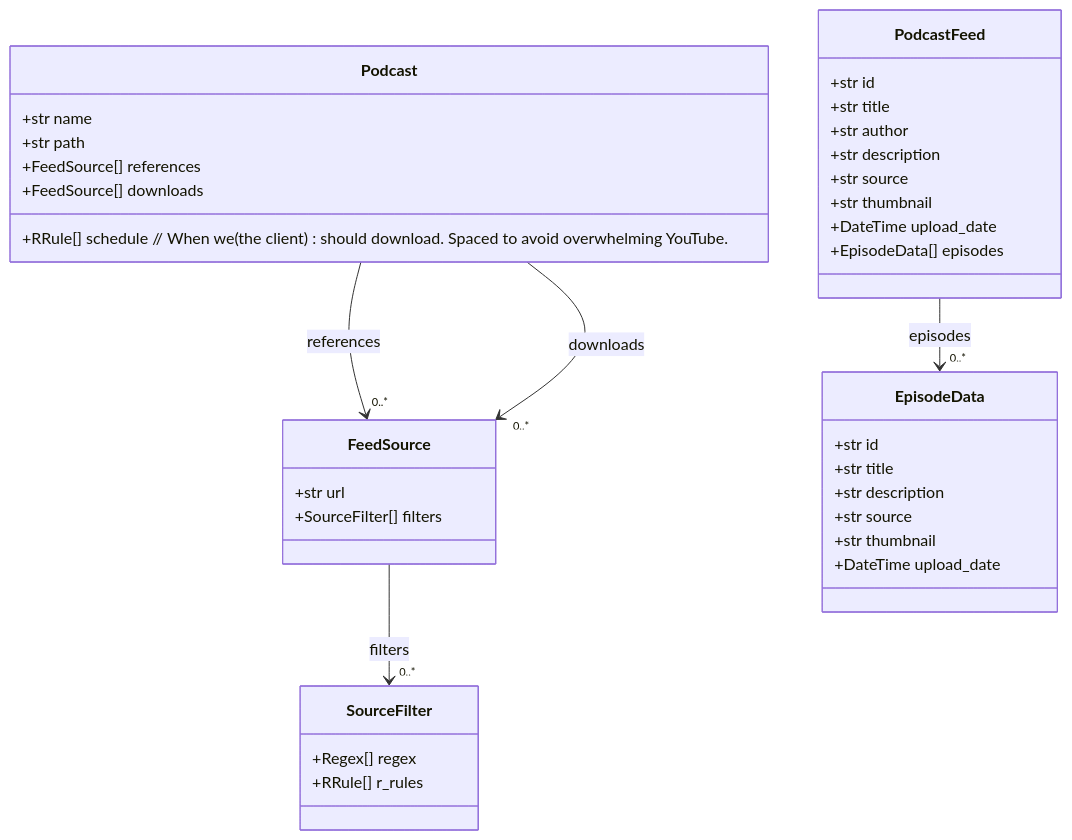
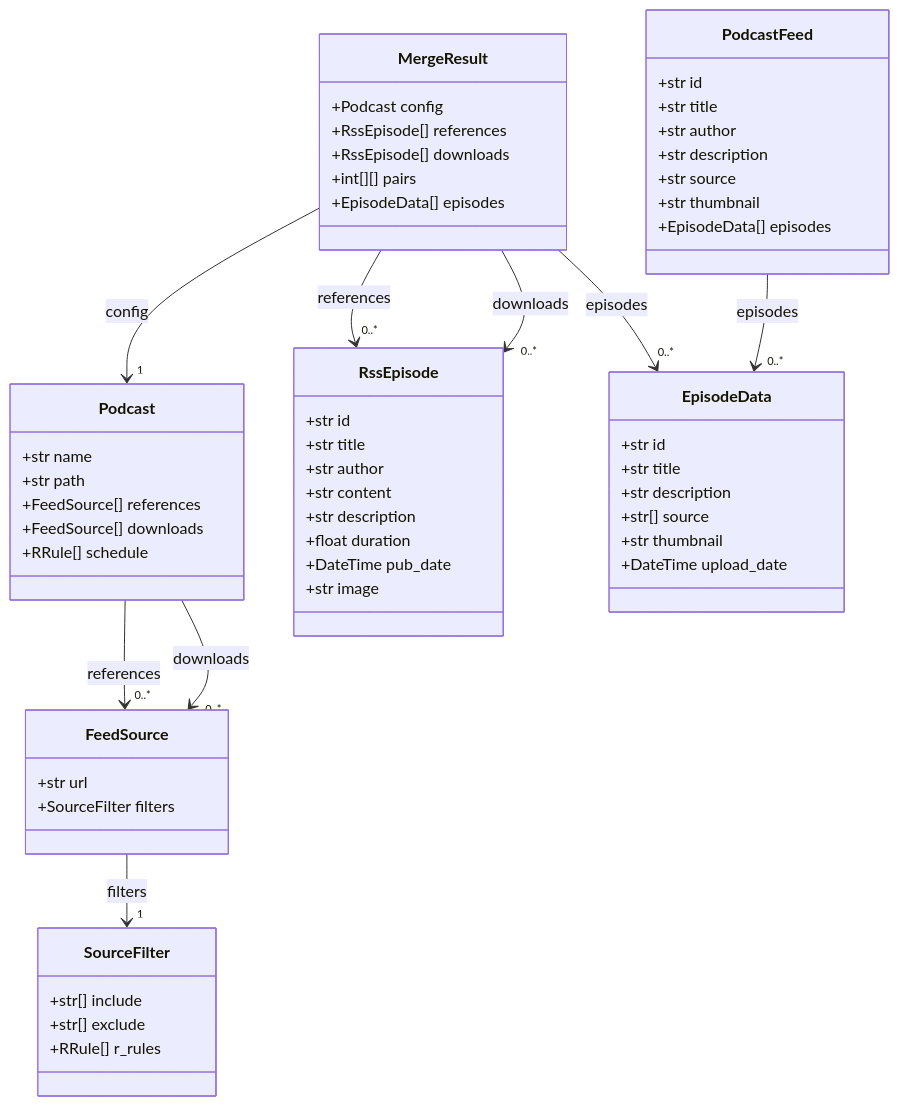
The first of 5 diagrams in docs/SPECS.md (BinaryBand/adrift), drawn with Mermaid before and after one commit. The commit also changed other lines of this file and 3 other files, not shown here.

````diff
--- a/docs/SPECS.md
+++ b/docs/SPECS.md
@@ -5,45 +5,68 @@
 ```mermaid
 classDiagram
     class SourceFilter {
-        +Regex[] regex
+        +str[] include
+        +str[] exclude
         +RRule[] r_rules
     }
 
     class FeedSource {
         +str url
-        +SourceFilter[] filters
+        +SourceFilter filters
     }
 
     class Podcast {
         +str name
         +str path
         +FeedSource[] references
         +FeedSource[] downloads
-        +RRule[] schedule // When we (the client) should download. Spaced to avoid overwhelming YouTube.
+        +RRule[] schedule
+    }
+
+    class RssEpisode {
+        +str id
+        +str title
+        +str author
+        +str content
+        +str description
+        +float duration
+        +DateTime pub_date
+        +str image
+    }
+
+    class EpisodeData {
+        +str id
+        +str title
+        +str description
+        +str[] source
+        +str thumbnail
+        +DateTime upload_date
+    }
+
+    class MergeResult {
+        +Podcast config
+        +RssEpisode[] references
+        +RssEpisode[] downloads
+        +int[][] pairs
+        +EpisodeData[] episodes
     }
 
     class PodcastFeed {
         +str id
         +str title
         +str author
         +str description
         +str source
         +str thumbnail
-        +DateTime upload_date
         +EpisodeData[] episodes
-    }
-
-    class EpisodeData {
-        +str id
-        +str title
-        +str description
-        +str source
-        +str thumbnail
-        +DateTime upload_date
     }
 
     Podcast --> "0..*" FeedSource : references
     Podcast --> "0..*" FeedSource : downloads
-    FeedSource --> "0..*" SourceFilter : filters
+    FeedSource --> "1" SourceFilter : filters
+    MergeResult --> "1" Podcast : config
+    MergeResult --> "0..*" RssEpisode : references
+    MergeResult --> "0..*" RssEpisode : downloads
+    MergeResult --> "0..*" EpisodeData : episodes
     PodcastFeed --> "0..*" EpisodeData : episodes
 ```
````
